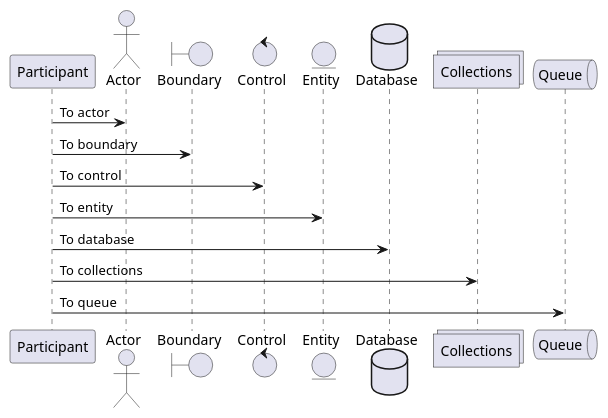
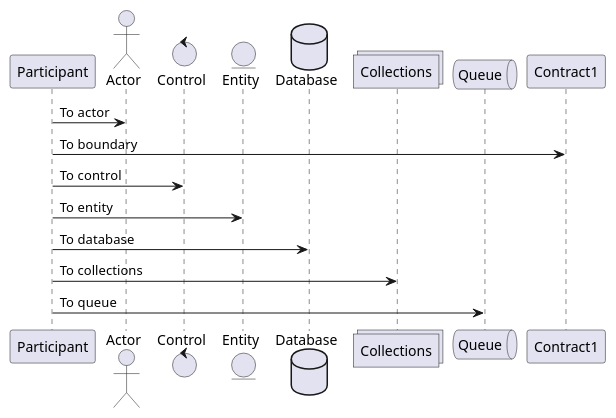
One commit to margined-protocol/docs changed the diagram in architecture/puml-files/removeMargin.puml. Above: the diagram before and after it, drawn with PlantUML. The commit also changed 2 other files, not shown here.

```diff
--- a/architecture/puml-files/removeMargin.puml
+++ b/architecture/puml-files/removeMargin.puml
@@ -1,17 +1,16 @@
 @startuml removeMargin
 participant Participant
 actor       Actor       
-boundary    Boundary    
 control     Control     
 entity      Entity      
 database    Database    
 collections Collections 
 queue       Queue       
 Participant -> Actor : To actor 
-Participant -> Boundary : To boundary
+Participant -> Contract1 : To boundary
 Participant -> Control : To control
 Participant -> Entity : To entity
 Participant -> Database : To database
 Participant -> Collections : To collections
 Participant -> Queue: To queue
 @enduml
```
